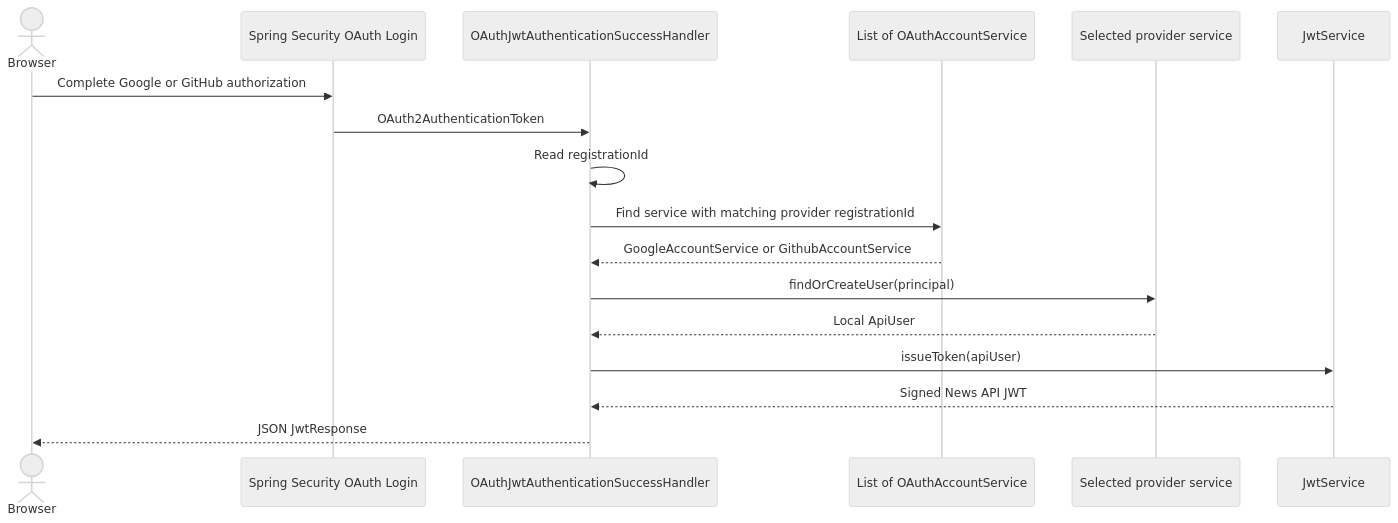
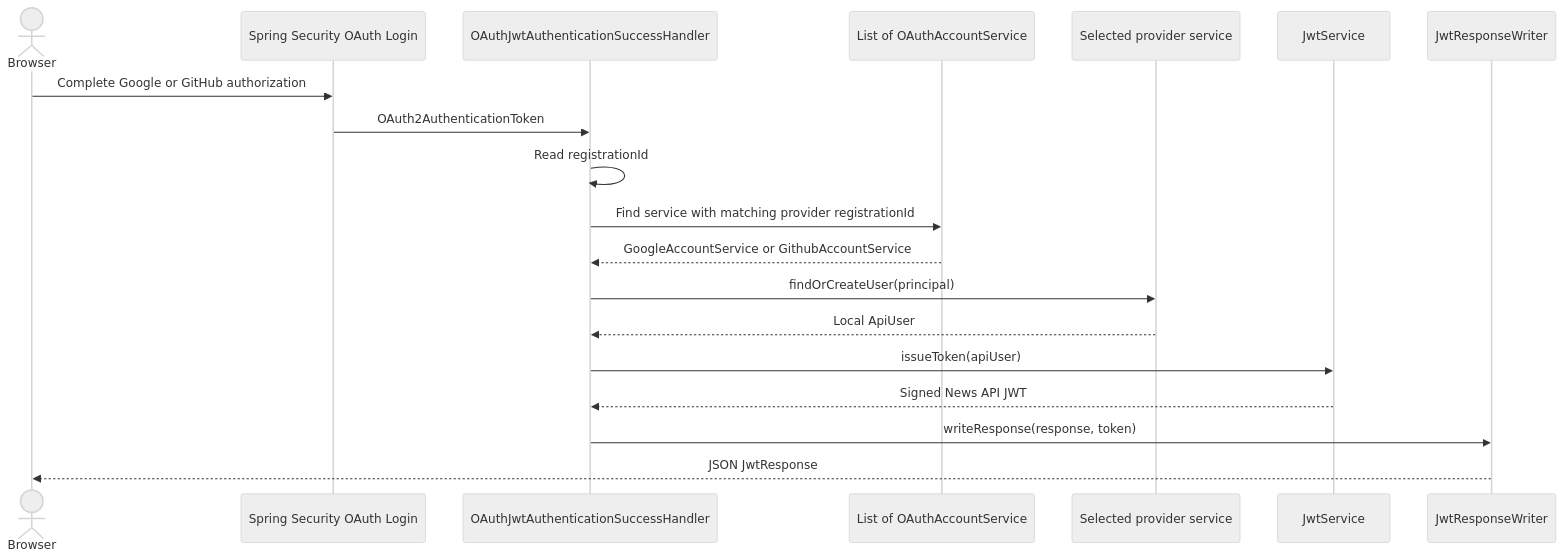
Before and after one commit to predat-r/news-api: the third of 8 diagrams in docs/authentication-flow.md, drawn with Mermaid (neutral theme). The commit also changed other lines of this file and 4 other files, not shown here.

Commit message:
refactor(auth): centralize JWT response writing

````diff
--- a/docs/authentication-flow.md
+++ b/docs/authentication-flow.md
@@ -195,20 +203,22 @@
 ```mermaid
 sequenceDiagram
     actor Browser
     participant Spring as Spring Security OAuth Login
     participant Handler as OAuthJwtAuthenticationSuccessHandler
     participant Services as List of OAuthAccountService
     participant ProviderSvc as Selected provider service
     participant JWT as JwtService
+    participant Writer as JwtResponseWriter
 
     Browser->>Spring: Complete Google or GitHub authorization
     Spring->>Handler: OAuth2AuthenticationToken
     Handler->>Handler: Read registrationId
     Handler->>Services: Find service with matching provider registrationId
     Services-->>Handler: GoogleAccountService or GithubAccountService
     Handler->>ProviderSvc: findOrCreateUser(principal)
     ProviderSvc-->>Handler: Local ApiUser
     Handler->>JWT: issueToken(apiUser)
     JWT-->>Handler: Signed News API JWT
-    Handler-->>Browser: JSON JwtResponse
+    Handler->>Writer: writeResponse(response, token)
+    Writer-->>Browser: JSON JwtResponse
 ```
````
